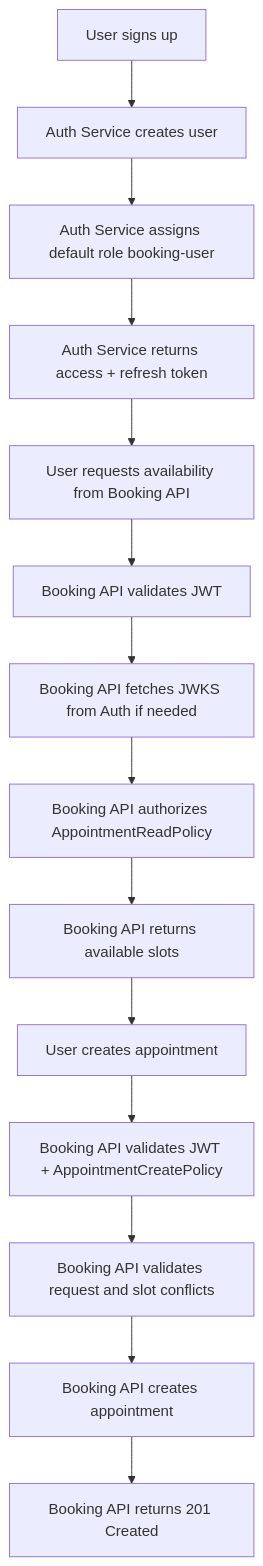
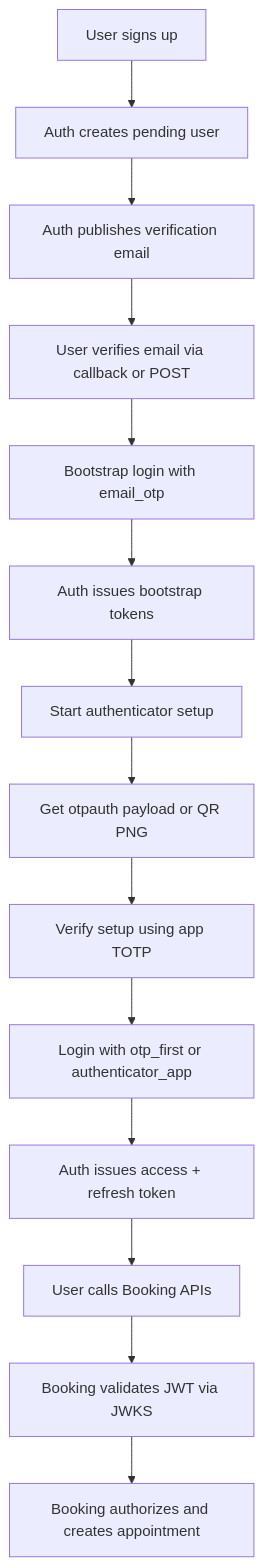
Before and after one commit to haudtech/vehicle-service-booking: the first of 2 diagrams in docs/FEATURES/AUTHENTICATION_INTEGRATION/USER_WORKFLOW_SIGNUP_TO_APPOINTMENT_WITH_AUTH.md, drawn with Mermaid. The commit also changed other lines of this file and 67 other files, not shown here.

First line of the commit message:
# Auth OTP + MFA + Key Management - Staged Commit Summary

````diff
--- a/docs/FEATURES/AUTHENTICATION_INTEGRATION/USER_WORKFLOW_SIGNUP_TO_APPOINTMENT_WITH_AUTH.md
+++ b/docs/FEATURES/AUTHENTICATION_INTEGRATION/USER_WORKFLOW_SIGNUP_TO_APPOINTMENT_WITH_AUTH.md
@@ -27,18 +25,16 @@
 ```mermaid
 flowchart TD
-    A[User signs up] --> B[Auth Service creates user]
-    B --> C[Auth Service assigns default role booking-user]
-    C --> D[Auth Service returns access + refresh token]
-
-    D --> E[User requests availability from Booking API]
-    E --> F[Booking API validates JWT]
-    F --> G[Booking API fetches JWKS from Auth if needed]
-    G --> H[Booking API authorizes AppointmentReadPolicy]
-    H --> I[Booking API returns available slots]
-
-    I --> J[User creates appointment]
-    J --> K[Booking API validates JWT + AppointmentCreatePolicy]
-    K --> L[Booking API validates request and slot conflicts]
-    L --> M[Booking API creates appointment]
-    M --> N[Booking API returns 201 Created]
+    A[User signs up] --> B[Auth creates pending user]
+    B --> C[Auth publishes verification email]
+    C --> D[User verifies email via callback or POST]
+    D --> E[Bootstrap login with email_otp]
+    E --> F[Auth issues bootstrap tokens]
+    F --> G[Start authenticator setup]
+    G --> H[Get otpauth payload or QR PNG]
+    H --> I[Verify setup using app TOTP]
+    I --> J[Login with otp_first or authenticator_app]
+    J --> K[Auth issues access + refresh token]
+    K --> L[User calls Booking APIs]
+    L --> M[Booking validates JWT via JWKS]
+    M --> N[Booking authorizes and creates appointment]
 ```
````
